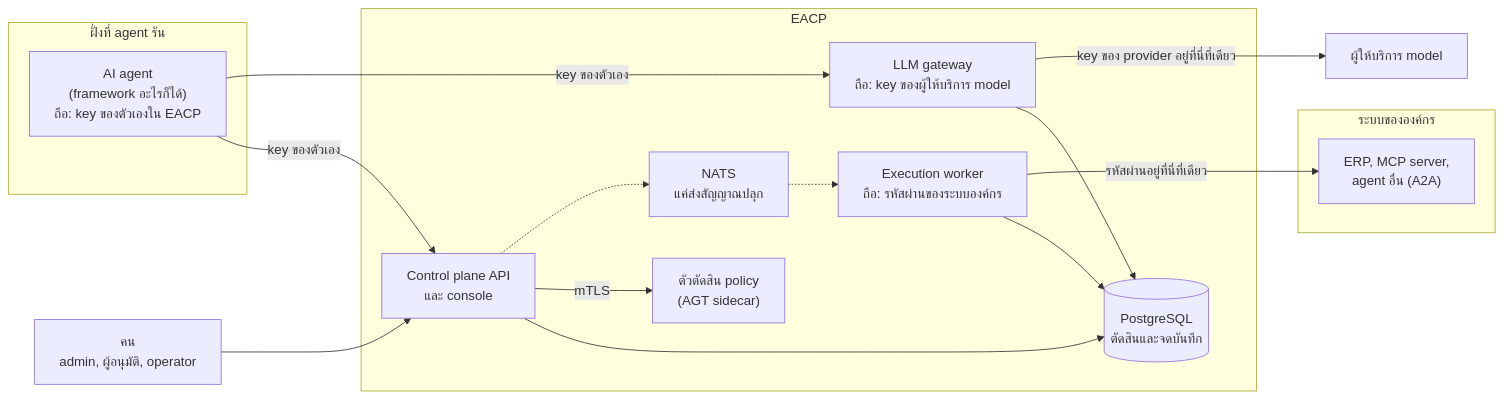
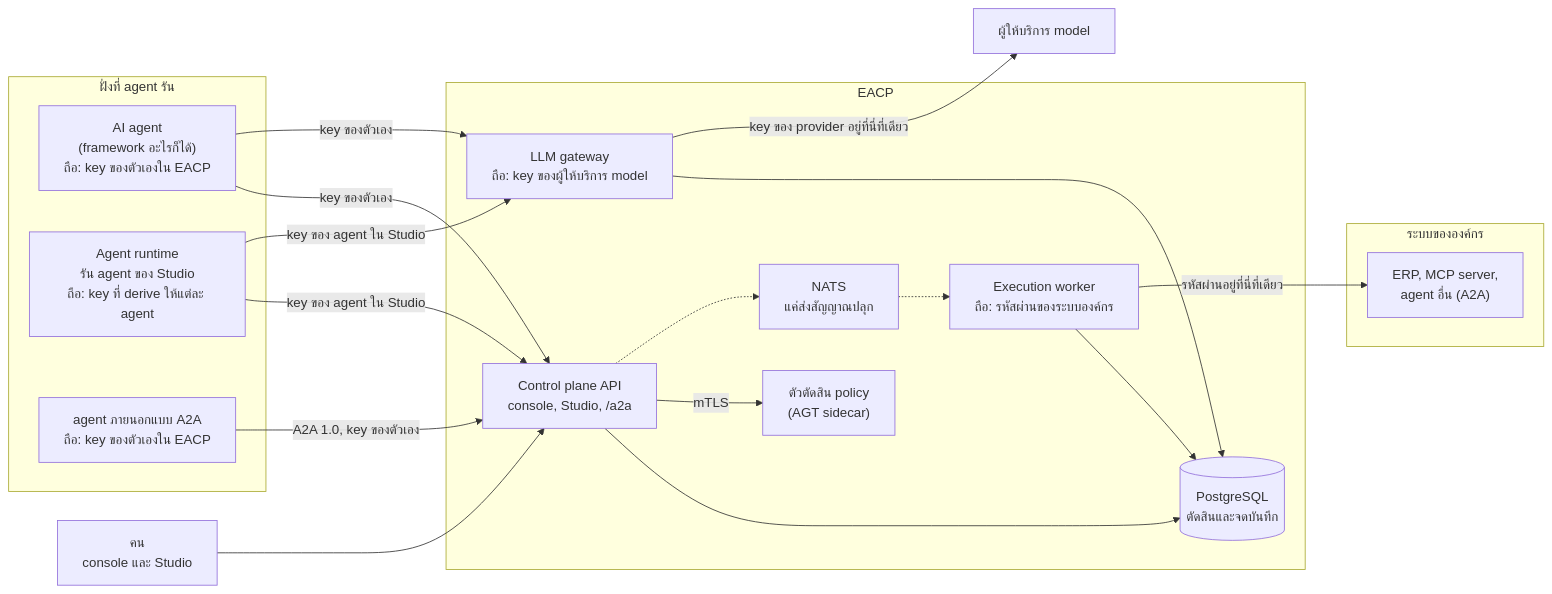
The second of 7 diagrams in README.th.md (atipongsena/eacp), drawn with Mermaid before and after one commit. The commit also changed other lines of this file and 14 other files, not shown here.

````diff
--- a/README.th.md
+++ b/README.th.md
@@ -71,30 +80,35 @@
 ```mermaid
 flowchart LR
   subgraph agents["ฝั่งที่ agent รัน"]
     agent["AI agent<br/>(framework อะไรก็ได้)<br/>ถือ: key ของตัวเองใน EACP"]
+    runtime["Agent runtime<br/>รัน agent ของ Studio<br/>ถือ: key ที่ derive ให้แต่ละ agent"]
+    remote["agent ภายนอกแบบ A2A<br/>ถือ: key ของตัวเองใน EACP"]
   end
-  people["คน<br/>admin, ผู้อนุมัติ, operator"]
+  people["คน<br/>console และ Studio"]
   subgraph eacp["EACP"]
-    api["Control plane API<br/>และ console"]
+    api["Control plane API<br/>console, Studio, /a2a"]
     gateway["LLM gateway<br/>ถือ: key ของผู้ให้บริการ model"]
     pdp["ตัวตัดสิน policy<br/>(AGT sidecar)"]
     pg[("PostgreSQL<br/>ตัดสินและจดบันทึก")]
     worker["Execution worker<br/>ถือ: รหัสผ่านของระบบองค์กร"]
     nats["NATS<br/>แค่ส่งสัญญาณปลุก"]
   end
   subgraph systems["ระบบขององค์กร"]
     erp["ERP, MCP server,<br/>agent อื่น (A2A)"]
   end
   llm["ผู้ให้บริการ model"]
   agent -->|"key ของตัวเอง"| api
   agent -->|"key ของตัวเอง"| gateway
+  runtime -->|"key ของ agent ใน Studio"| api
+  runtime -->|"key ของ agent ใน Studio"| gateway
+  remote -->|"A2A 1.0, key ของตัวเอง"| api
   people --> api
   api --> pg
   api -->|"mTLS"| pdp
   gateway --> pg
   worker --> pg
   api -.-> nats
   nats -.-> worker
   worker --->|"รหัสผ่านอยู่ที่นี่ที่เดียว"| erp
   gateway --->|"key ของ provider อยู่ที่นี่ที่เดียว"| llm
 ```
````
